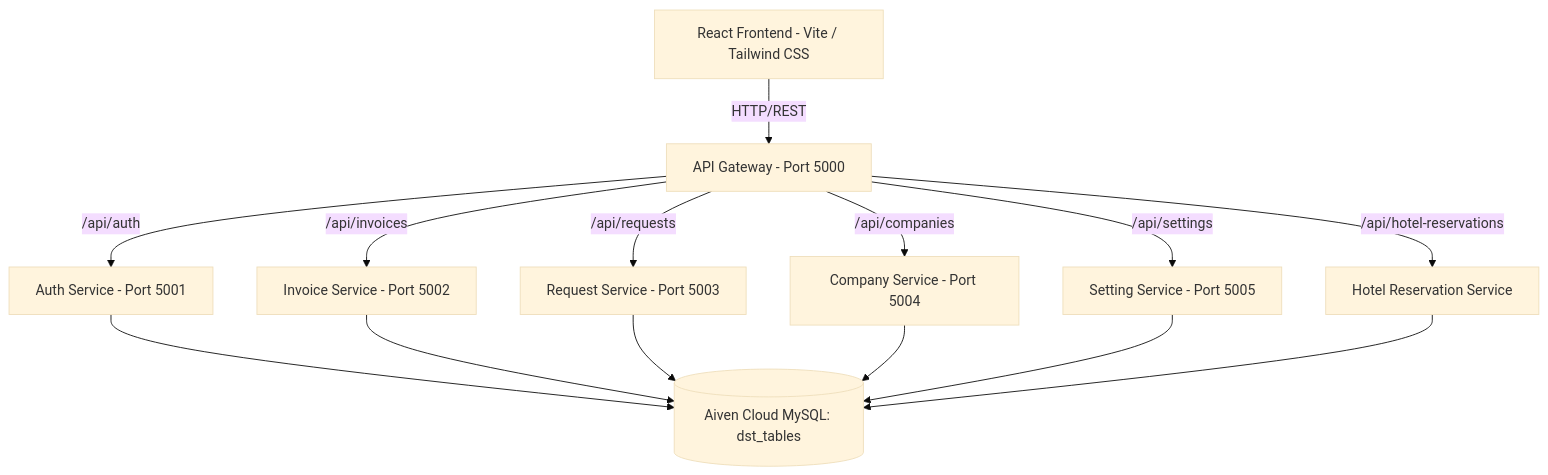
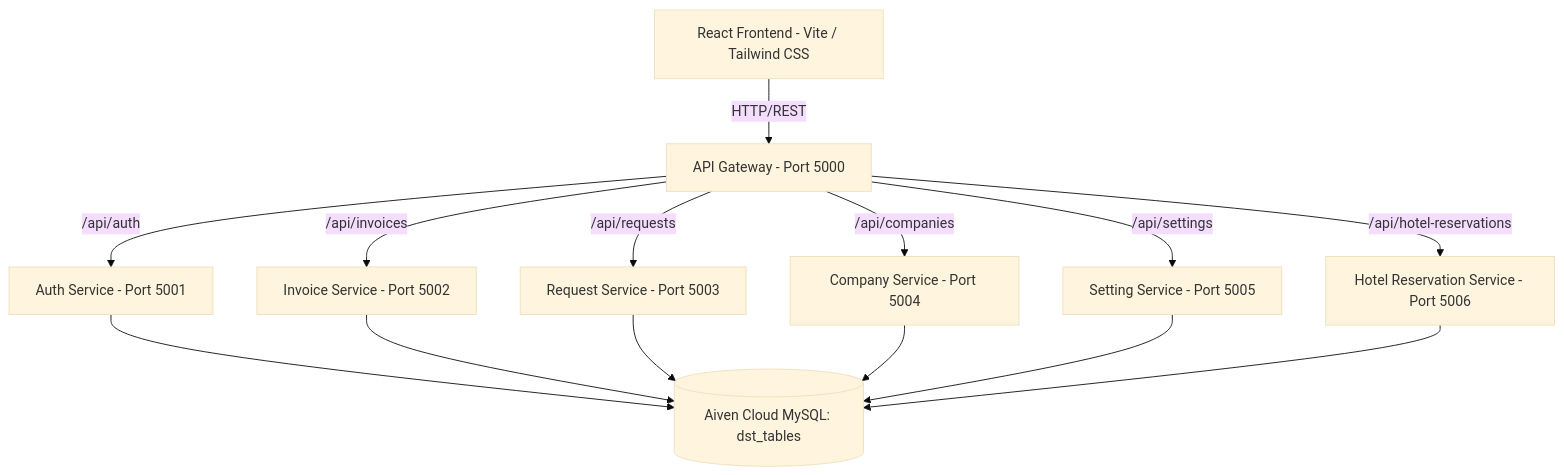
The first of 2 diagrams in README.md (dimasalvarizk/finance-system), drawn with Mermaid (base theme) before and after one commit. The commit also changed other lines of this file, not shown here.

Commit message:
docs: update README with microservices architecture, notifications, and hotel overdue checker

````diff
--- a/README.md
+++ b/README.md
@@ -13,18 +13,18 @@
 ```mermaid
 graph TD
     Client[React Frontend - Vite / Tailwind CSS] -->|HTTP/REST| Gateway[API Gateway - Port 5000]
     
     Gateway -->|/api/auth| AuthService[Auth Service - Port 5001]
     Gateway -->|/api/invoices| InvoiceService[Invoice Service - Port 5002]
     Gateway -->|/api/requests| RequestService[Request Service - Port 5003]
     Gateway -->|/api/companies| CompanyService[Company Service - Port 5004]
     Gateway -->|/api/settings| SettingService[Setting Service - Port 5005]
-    Gateway -->|/api/hotel-reservations| HotelService[Hotel Reservation Service]
+    Gateway -->|/api/hotel-reservations| HotelService[Hotel Reservation Service - Port 5006]
 
     AuthService --> Database[(Aiven Cloud MySQL: dst_tables)]
     InvoiceService --> Database
     RequestService --> Database
     CompanyService --> Database
     SettingService --> Database
     HotelService --> Database
 ```
````
